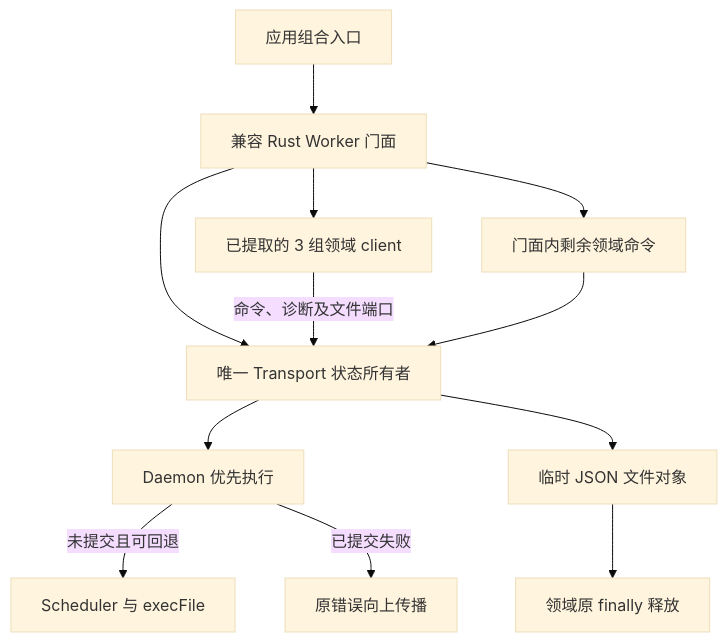
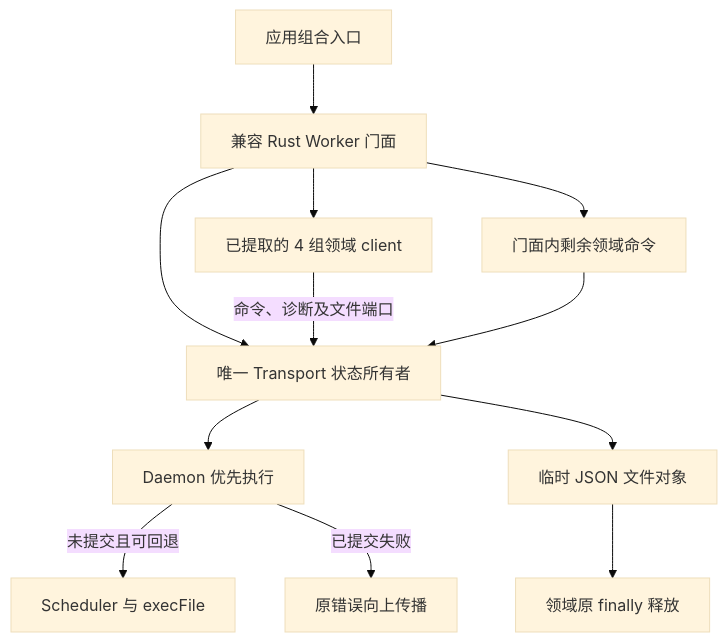
One commit to uniquenesssta/99 changed the diagram in docs/plans/HFM_STAGE_05_RUST_WORKER_TASKBOOK.md. Above: the diagram before and after it, drawn with Mermaid (base theme). The commit also changed other lines of this file and 7 other files, not shown here.

````diff
--- a/docs/plans/HFM_STAGE_05_RUST_WORKER_TASKBOOK.md
+++ b/docs/plans/HFM_STAGE_05_RUST_WORKER_TASKBOOK.md
@@ -98,14 +98,14 @@
 ```mermaid
 flowchart TD
   A["应用组合入口"] --> F["兼容 Rust Worker 门面"]
   F --> T["唯一 Transport 状态所有者"]
-  F --> C["已提取的 3 组领域 client"]
+  F --> C["已提取的 4 组领域 client"]
   C -->|"命令、诊断及文件端口"| T
   F --> R["门面内剩余领域命令"]
   R --> T
   T --> D["Daemon 优先执行"]
   D -->|"未提交且可回退"| S["Scheduler 与 execFile"]
   D -->|"已提交失败"| E["原错误向上传播"]
   T --> J["临时 JSON 文件对象"]
   J --> L["领域原 finally 释放"]
 ```
````
